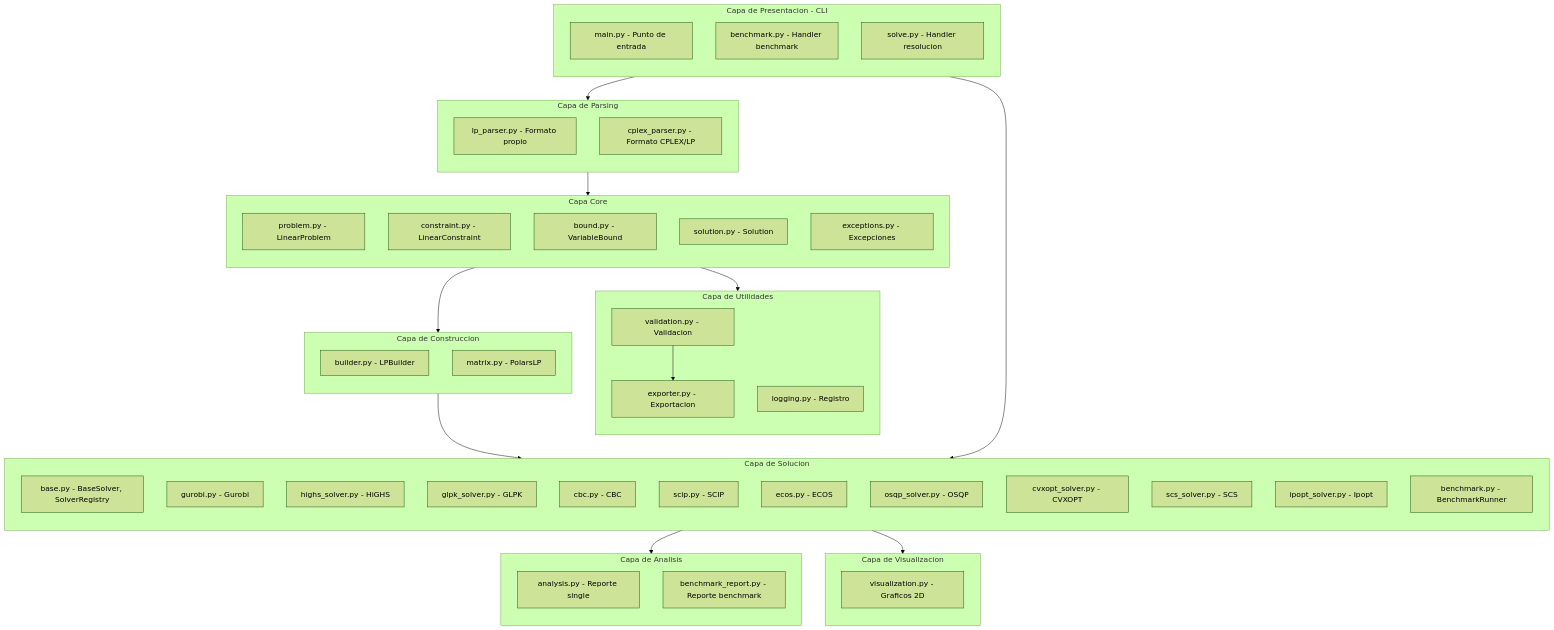
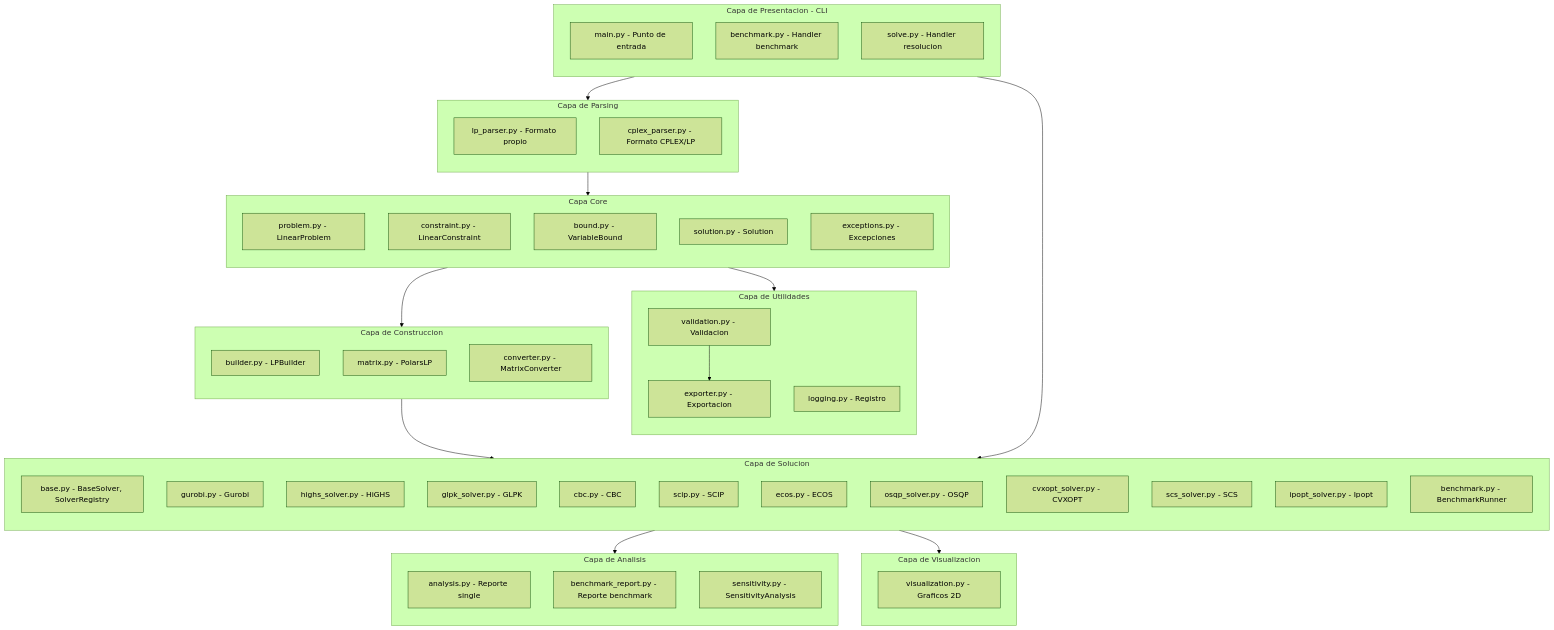
The first of 35 diagrams in README.md (Jesus-MMM/ISLA-LP-Benchmark), drawn with Mermaid (forest theme) before and after one commit. The commit also changed other lines of this file and 5 other files, not shown here.

````diff
--- a/README.md
+++ b/README.md
@@ -56,74 +58,76 @@
 ```mermaid
 flowchart TB
     subgraph CLI["Capa de Presentacion - CLI"]
         direction TB
         MAIN["main.py - Punto de entrada"]
         BENCH["benchmark.py - Handler benchmark"]
         SOLVE["solve.py - Handler resolucion"]
     end
     
     subgraph SOLVER["Capa de Solucion"]
         direction TB
         BASE["base.py - BaseSolver, SolverRegistry"]
         GUROBI["gurobi.py - Gurobi"]
         HIGHS["highs_solver.py - HiGHS"]
         GLPK["glpk_solver.py - GLPK"]
         CBC["cbc.py - CBC"]
         SCIP["scip.py - SCIP"]
         ECOS["ecos.py - ECOS"]
         OSQP["osqp_solver.py - OSQP"]
         CVXOPT["cvxopt_solver.py - CVXOPT"]
         SCS["scs_solver.py - SCS"]
         IPOPT["ipopt_solver.py - Ipopt"]
         BENCHRUN["benchmark.py - BenchmarkRunner"]
     end
     
     subgraph PARSER["Capa de Parsing"]
         direction TB
         LP["lp_parser.py - Formato propio"]
         CPLEX["cplex_parser.py - Formato CPLEX/LP"]
     end
     
     subgraph CORE["Capa Core"]
         direction TB
         PROBLEM["problem.py - LinearProblem"]
         CONSTRAINT["constraint.py - LinearConstraint"]
         BOUND["bound.py - VariableBound"]
         SOLUTION["solution.py - Solution"]
         EXC["exceptions.py - Excepciones"]
     end
     
     subgraph MATRIX["Capa de Construccion"]
         direction TB
         BUILD["builder.py - LPBuilder"]
         POLARS["matrix.py - PolarsLP"]
+        CONV["converter.py - MatrixConverter"]
     end
     
     subgraph ANALYSIS["Capa de Analisis"]
         direction TB
         AN["analysis.py - Reporte single"]
         BENCHREP["benchmark_report.py - Reporte benchmark"]
+        SENS["sensitivity.py - SensitivityAnalysis"]
     end
     
     subgraph VIS["Capa de Visualizacion"]
         direction TB
         VISUAL["visualization.py - Graficos 2D"]
     end
     
     subgraph UTILS["Capa de Utilidades"]
         direction TB
         VAL["validation.py - Validacion"]
         EXP["exporter.py - Exportacion"]
         LOG["logging.py - Registro"]
     end
     
     CLI --> PARSER
     CLI --> SOLVER
     PARSER --> CORE
     CORE --> MATRIX
     MATRIX --> SOLVER
     SOLVER --> ANALYSIS
     SOLVER --> VIS
     CORE --> VAL
     VAL --> EXP
 ```
````
